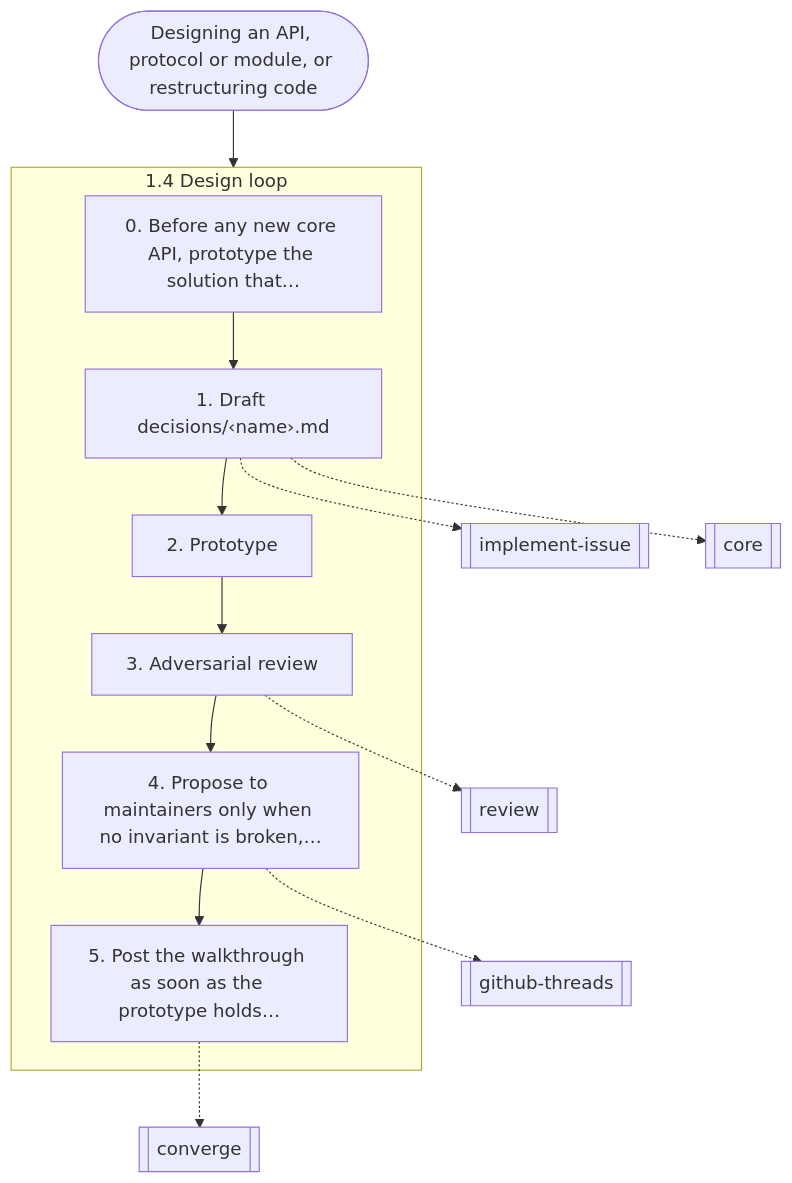
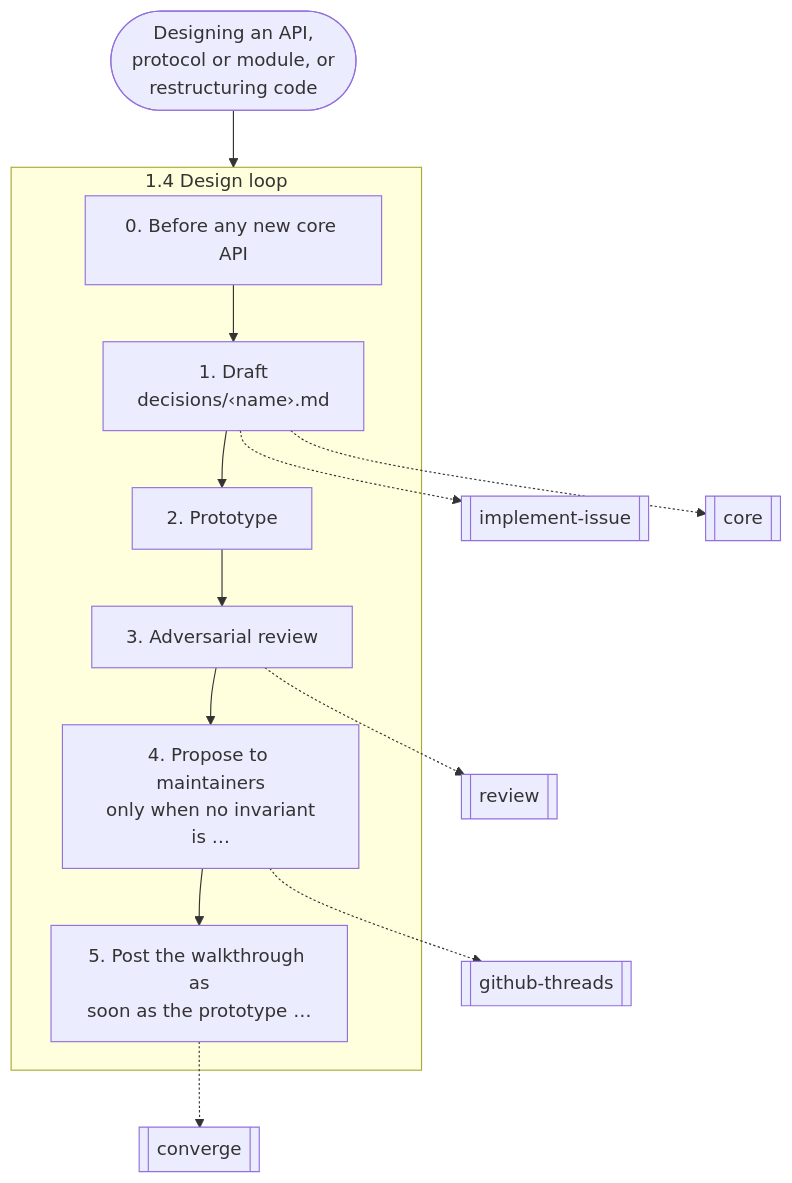
The second of 14 diagrams in docs/graphs.md (nitedani/mergeworthy), drawn with Mermaid before and after one commit. The commit also changed other lines of this file and 1 other file, not shown here.

First line of the commit message:
Graphs: short labels wrapped into lines, so GitHub doesn't cut them off

````diff
--- a/docs/graphs.md
+++ b/docs/graphs.md
@@ -59,23 +59,23 @@
 ```mermaid
 flowchart TB
-  start(["Designing an API, protocol or module, or restructuring code"])
+  start(["Designing an API,<br/>protocol or module, or<br/>restructuring code"])
   subgraph g0["1.4 Design loop"]
-    s0["0. Before any new core API, prototype the solution that…"]
-    s1["1. Draft decisions/‹name›.md"]
+    s0["0. Before any new core API"]
+    s1["1. Draft<br/>decisions/‹name›.md"]
     s0 --> s1
     s2["2. Prototype"]
     s1 --> s2
     s3["3. Adversarial review"]
     s2 --> s3
-    s4["4. Propose to maintainers only when no invariant is broken,…"]
+    s4["4. Propose to maintainers<br/>only when no invariant<br/>is …"]
     s3 --> s4
-    s5["5. Post the walkthrough as soon as the prototype holds…"]
+    s5["5. Post the walkthrough as<br/>soon as the prototype …"]
     s4 --> s5
   end
   s1 -.-> r1[["implement-issue"]]
   s1 -.-> r2[["core"]]
   s3 -.-> r3[["review"]]
   s4 -.-> r4[["github-threads"]]
   s5 -.-> r5[["converge"]]
   start --> g0
 ```
````
